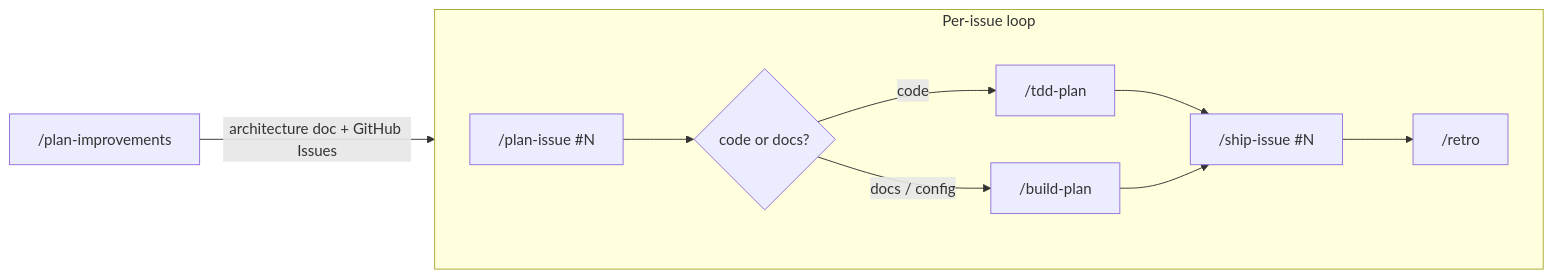
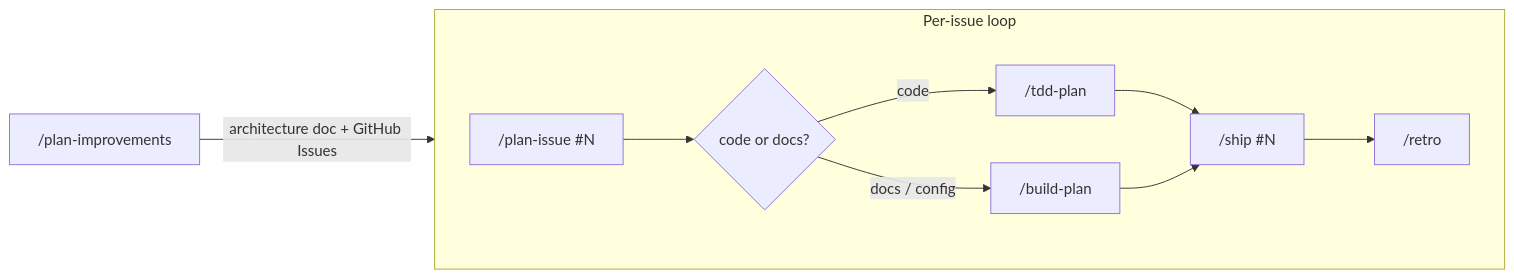
One commit to gotgenes/pi-packages changed the first of 3 diagrams in README.md. Above: the diagram before and after it, drawn with Mermaid. The commit also changed other lines of this file, not shown here.

First line of the commit message:
docs: update the developer-flow diagrams and tables for /ship (#869)

````diff
--- a/README.md
+++ b/README.md
@@ -119,14 +119,14 @@
 ```mermaid
 flowchart LR
     PI["/plan-improvements"] -->|architecture doc + GitHub Issues| Plan
 
     subgraph Loop["Per-issue loop"]
         direction LR
         Plan["/plan-issue #N"] --> Kind{code or docs?}
         Kind -->|code| TDD["/tdd-plan"]
         Kind -->|docs / config| Build["/build-plan"]
-        TDD --> Ship["/ship-issue #N"]
-        Build --> Ship["/ship-issue #N"]
+        TDD --> Ship["/ship #N"]
+        Build --> Ship["/ship #N"]
         Ship --> Retro["/retro"]
     end
 ```
````
